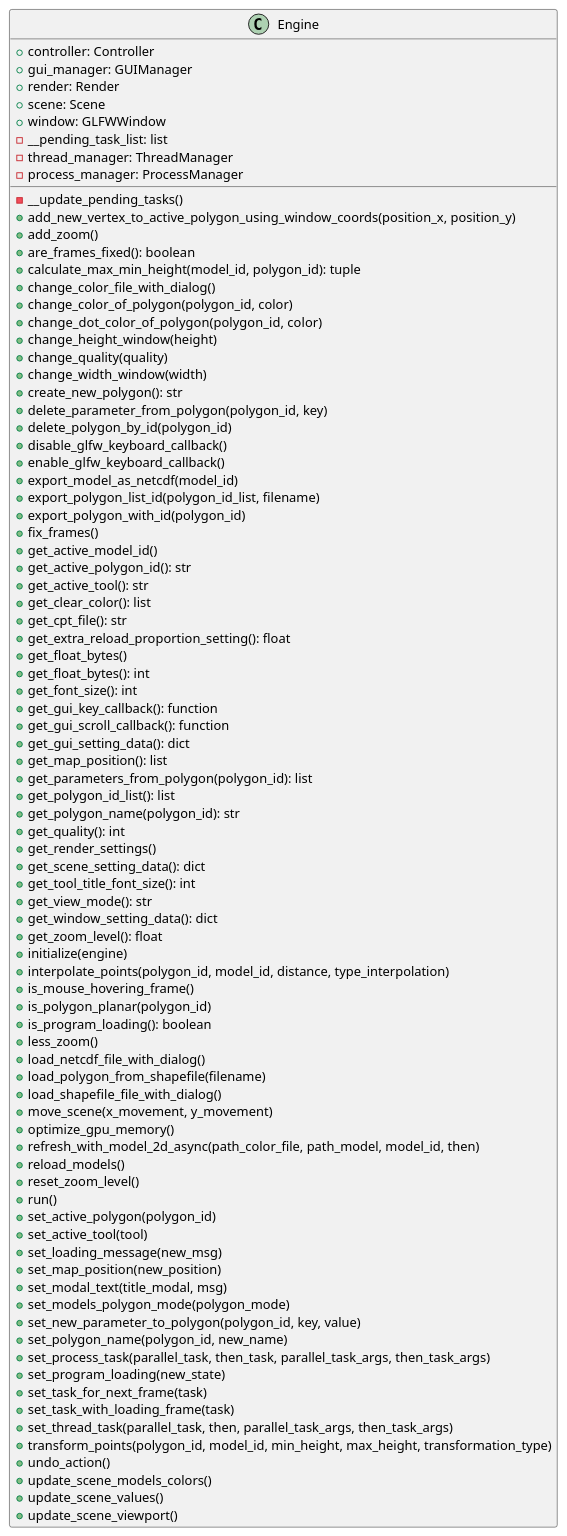
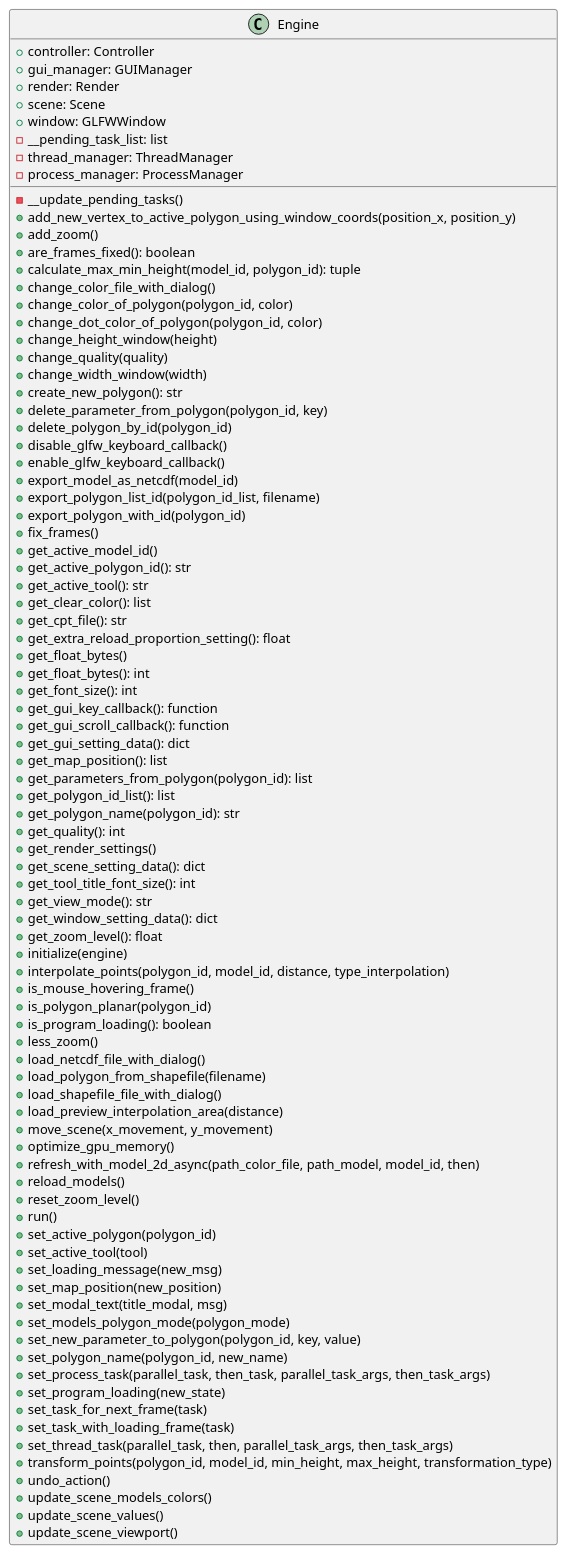
One commit to ferpoble2/Relief_Creator changed the diagram in docs/classes/Engine.puml. Above: the diagram before and after it, drawn with PlantUML. The commit also changed 9 other files, not shown here.

Commit message:
Added methods to calculate the preview of the interpolation area

```diff
--- a/docs/classes/Engine.puml
+++ b/docs/classes/Engine.puml
@@ -1,90 +1,91 @@
 @startuml
 class Engine {
     + controller: Controller
     + gui_manager: GUIManager
     + render: Render
     + scene: Scene
     + window: GLFWWindow
     - __pending_task_list: list
     - thread_manager: ThreadManager
     - process_manager: ProcessManager
 
     - __update_pending_tasks()
     + add_new_vertex_to_active_polygon_using_window_coords(position_x, position_y)
     + add_zoom()
     + are_frames_fixed(): boolean
     + calculate_max_min_height(model_id, polygon_id): tuple
     + change_color_file_with_dialog()
     + change_color_of_polygon(polygon_id, color)
     + change_dot_color_of_polygon(polygon_id,  color)
     + change_height_window(height)
     + change_quality(quality)
     + change_width_window(width)
     + create_new_polygon(): str
     + delete_parameter_from_polygon(polygon_id, key)
     + delete_polygon_by_id(polygon_id)
     + disable_glfw_keyboard_callback()
     + enable_glfw_keyboard_callback()
     + export_model_as_netcdf(model_id)
     + export_polygon_list_id(polygon_id_list, filename)
     + export_polygon_with_id(polygon_id)
     + fix_frames()
     + get_active_model_id()
     + get_active_polygon_id(): str
     + get_active_tool(): str
     + get_clear_color(): list
     + get_cpt_file(): str
     + get_extra_reload_proportion_setting(): float
     + get_float_bytes()
     + get_float_bytes(): int
     + get_font_size(): int
     + get_gui_key_callback(): function
     + get_gui_scroll_callback(): function
     + get_gui_setting_data(): dict
     + get_map_position(): list
     + get_parameters_from_polygon(polygon_id): list
     + get_polygon_id_list(): list
     + get_polygon_name(polygon_id): str
     + get_quality(): int
     + get_render_settings()
     + get_scene_setting_data(): dict
     + get_tool_title_font_size(): int
     + get_view_mode(): str
     + get_window_setting_data(): dict
     + get_zoom_level(): float
     + initialize(engine)
     + interpolate_points(polygon_id, model_id, distance, type_interpolation)
     + is_mouse_hovering_frame()
     + is_polygon_planar(polygon_id)
     + is_program_loading(): boolean
     + less_zoom()
     + load_netcdf_file_with_dialog()
     + load_polygon_from_shapefile(filename)
     + load_shapefile_file_with_dialog()
+    + load_preview_interpolation_area(distance)
     + move_scene(x_movement, y_movement)
     + optimize_gpu_memory()
     + refresh_with_model_2d_async(path_color_file, path_model, model_id, then)
     + reload_models()
     + reset_zoom_level()
     + run()
     + set_active_polygon(polygon_id)
     + set_active_tool(tool)
     + set_loading_message(new_msg)
     + set_map_position(new_position)
     + set_modal_text(title_modal, msg)
     + set_models_polygon_mode(polygon_mode)
     + set_new_parameter_to_polygon(polygon_id, key, value)
     + set_polygon_name(polygon_id, new_name)
     + set_process_task(parallel_task, then_task, parallel_task_args, then_task_args)
     + set_program_loading(new_state)
     + set_task_for_next_frame(task)
     + set_task_with_loading_frame(task)
     + set_thread_task(parallel_task, then, parallel_task_args, then_task_args)
     + transform_points(polygon_id, model_id, min_height, max_height, transformation_type)
     + undo_action()
     + update_scene_models_colors()
     + update_scene_values()
     + update_scene_viewport()
 }
 
 @enduml
```
